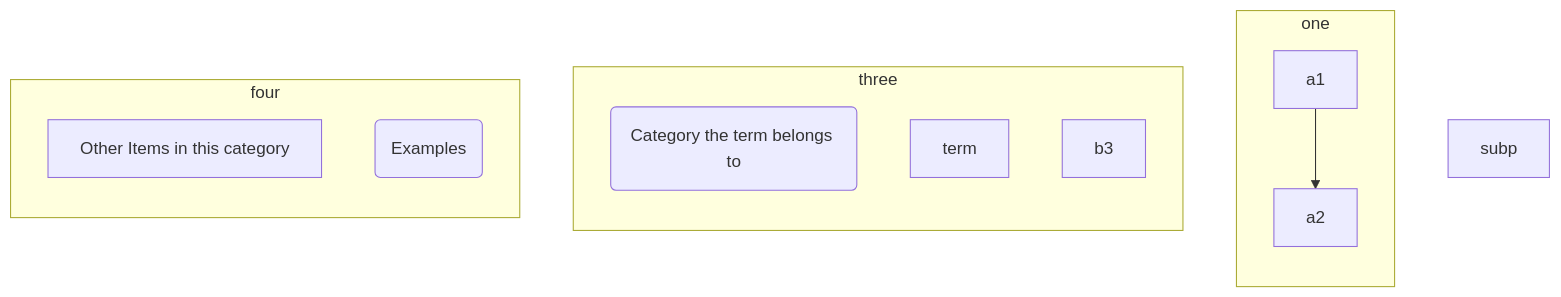
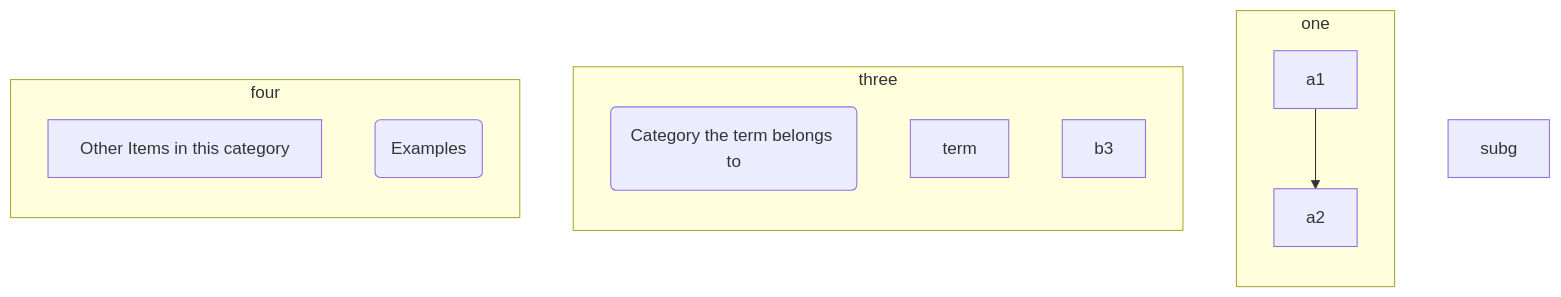
The diagram in slides.md (gerbssusd/dok), drawn with Mermaid before and after one commit.

````diff
--- a/slides.md
+++ b/slides.md
@@ -217,25 +217,25 @@
 ```mermaid
 flowchart TB
     subgraph one 
      direction TB
     a1-->a2
      end
-    subp
+    subg
     subgraph three
       direction TB
         b1(Category the term belongs to)
         b2[term]
         b3 
         end
     subgraph four
       direction TB
     c1[Other Items in this category] 
     c2(Examples)
     end
 
 
 
 
 
 
 ```
````
